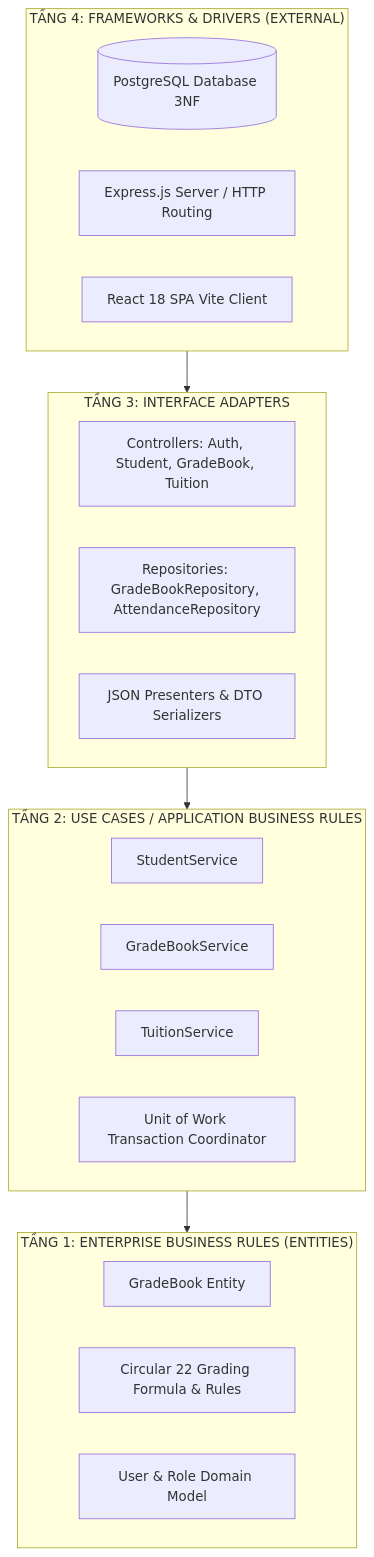
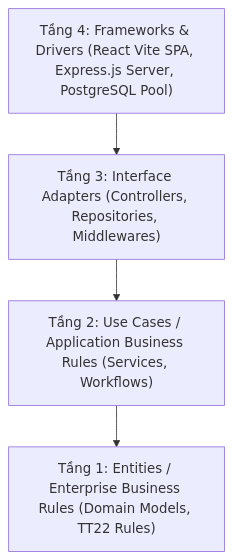
The diagram in Report_Slide/report.md (DYBInh2k5/Phat-Trien-Du-An-Phan-Mem), drawn with Mermaid before and after one commit. The commit also changed other lines of this file and 1 other file, not shown here.

Commit message:
docs(report-slide): fully update report.md and slide.md to Week 10 with 322 tests, VietQR and Clean Architecture

````diff
--- a/Report_Slide/report.md
+++ b/Report_Slide/report.md
@@ -126,31 +103,11 @@
 ```mermaid
 graph TD
-    subgraph Layer4 ["TẦNG 4: FRAMEWORKS & DRIVERS (EXTERNAL)"]
-        PostgresDB[("PostgreSQL Database 3NF")]
-        ExpressApp["Express.js Server / HTTP Routing"]
-        ReactClient["React 18 SPA Vite Client"]
-    end
-
-    subgraph Layer3 ["TẦNG 3: INTERFACE ADAPTERS"]
-        Controllers["Controllers: Auth, Student, GradeBook, Tuition"]
-        Repositories["Repositories: GradeBookRepository, AttendanceRepository"]
-        Presenters["JSON Presenters & DTO Serializers"]
-    end
-
-    subgraph Layer2 ["TẦNG 2: USE CASES / APPLICATION BUSINESS RULES"]
-        StudentService["StudentService"]
-        GradeBookService["GradeBookService"]
-        TuitionService["TuitionService"]
-        UnitOfWork["Unit of Work Transaction Coordinator"]
-    end
-
-    subgraph Layer1 ["TẦNG 1: ENTERPRISE BUSINESS RULES (ENTITIES)"]
-        GradeBookEntity["GradeBook Entity"]
-        Circular22Logic["Circular 22 Grading Formula & Rules"]
-        UserDomain["User & Role Domain Model"]
-    end
-
-    Layer4 --> Layer3
-    Layer3 --> Layer2
-    Layer2 --> Layer1
+    UI["Tầng 4: Frameworks & Drivers (React Vite SPA, Express.js Server, PostgreSQL Pool)"]
+    Controllers["Tầng 3: Interface Adapters (Controllers, Repositories, Middlewares)"]
+    UseCases["Tầng 2: Use Cases / Application Business Rules (Services, Workflows)"]
+    Entities["Tầng 1: Entities / Enterprise Business Rules (Domain Models, TT22 Rules)"]
+    
+    UI --> Controllers
+    Controllers --> UseCases
+    UseCases --> Entities
 ```
````
